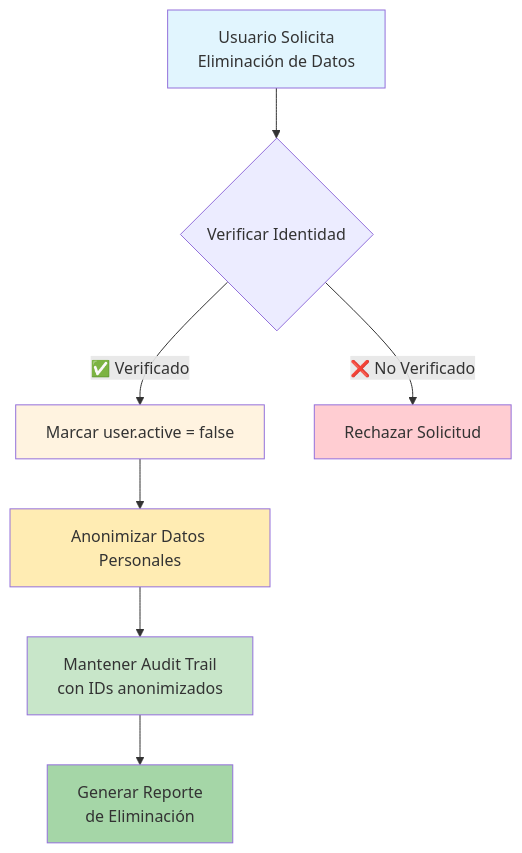
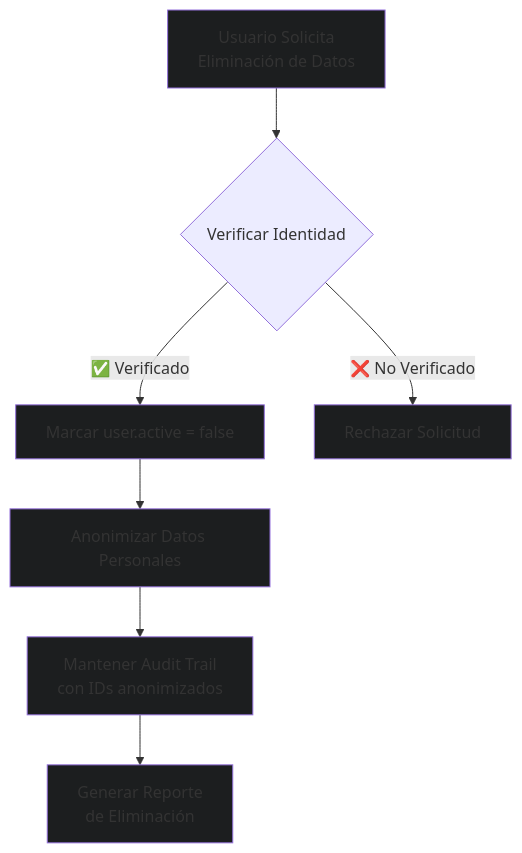
Before and after one commit to devmangel/webapp: diagram 16 of 16 in docs/db/README.md, drawn with Mermaid. The commit also changed other lines of this file and 1 other file, not shown here.

````diff
--- a/docs/db/README.md
+++ b/docs/db/README.md
@@ -912,18 +912,18 @@
 ```mermaid
 graph TD
     A[Usuario Solicita<br/>Eliminación de Datos] --> B{Verificar Identidad}
     
     B -->|✅ Verificado| C[Marcar user.active = false]
     C --> D[Anonimizar Datos Personales]
     D --> E[Mantener Audit Trail<br/>con IDs anonimizados]
     E --> F[Generar Reporte<br/>de Eliminación]
     
     B -->|❌ No Verificado| G[Rechazar Solicitud]
     
-    style A fill:#e1f5fe
-    style C fill:#fff3e0
-    style D fill:#ffecb3
-    style E fill:#c8e6c9
-    style F fill:#a5d6a7
-    style G fill:#ffcdd2
+    style A fill:#1c1e1f
+    style C fill:#1c1e1f
+    style D fill:#1c1e1f
+    style E fill:#1c1e1f
+    style F fill:#1c1e1f
+    style G fill:#1c1e1f
 ```
````
